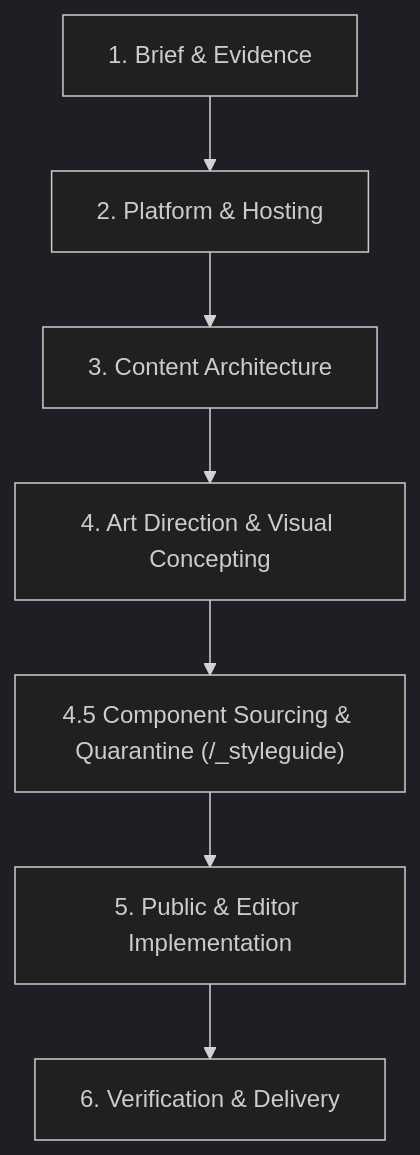
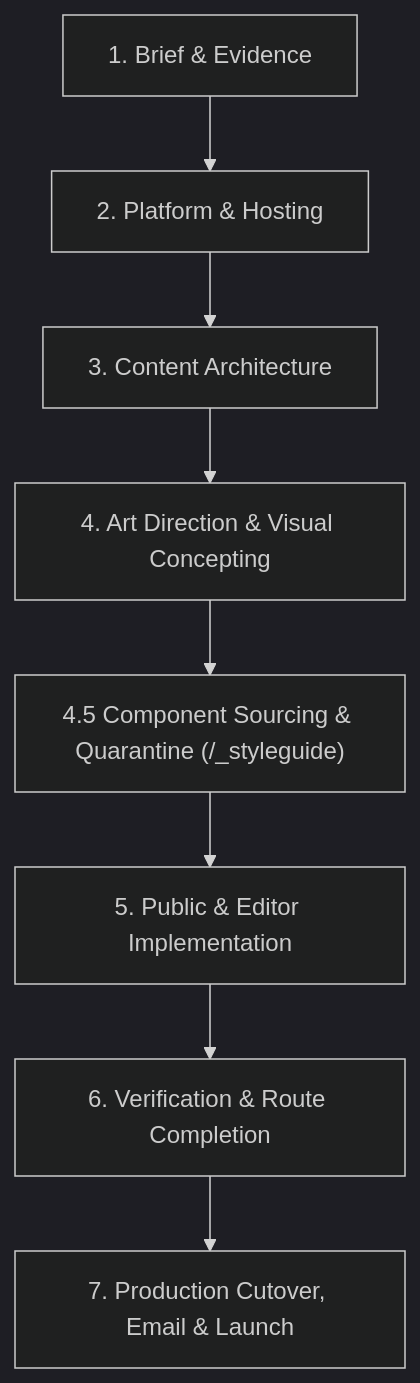
One commit to Vermeulen-Solutions/baseline changed the diagram in docs/site-delivery-workflow.md. Above: the diagram before and after it, drawn with Mermaid (dark theme). The commit also changed other lines of this file and 3 other files, not shown here.

````diff
--- a/docs/site-delivery-workflow.md
+++ b/docs/site-delivery-workflow.md
@@ -9,9 +9,10 @@
 ```mermaid
 flowchart TD
     S1["1. Brief & Evidence"] --> S2["2. Platform & Hosting"]
     S2 --> S3["3. Content Architecture"]
     S3 --> S4["4. Art Direction & Visual Concepting"]
     S4 --> S45["4.5 Component Sourcing & Quarantine (/_styleguide)"]
     S45 --> S5["5. Public & Editor Implementation"]
-    S5 --> S6["6. Verification & Delivery"]
+    S5 --> S6["6. Verification & Route Completion"]
+    S6 --> S7["7. Production Cutover, Email & Launch"]
 ```
````
